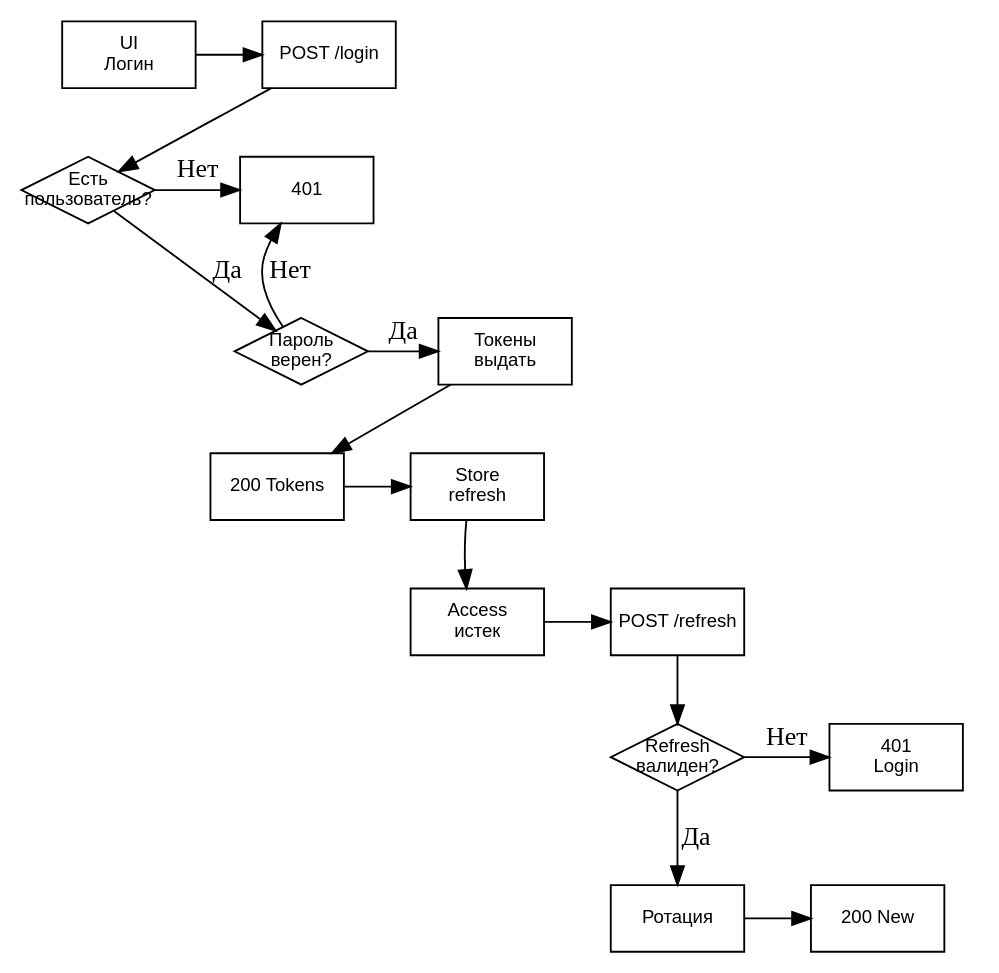
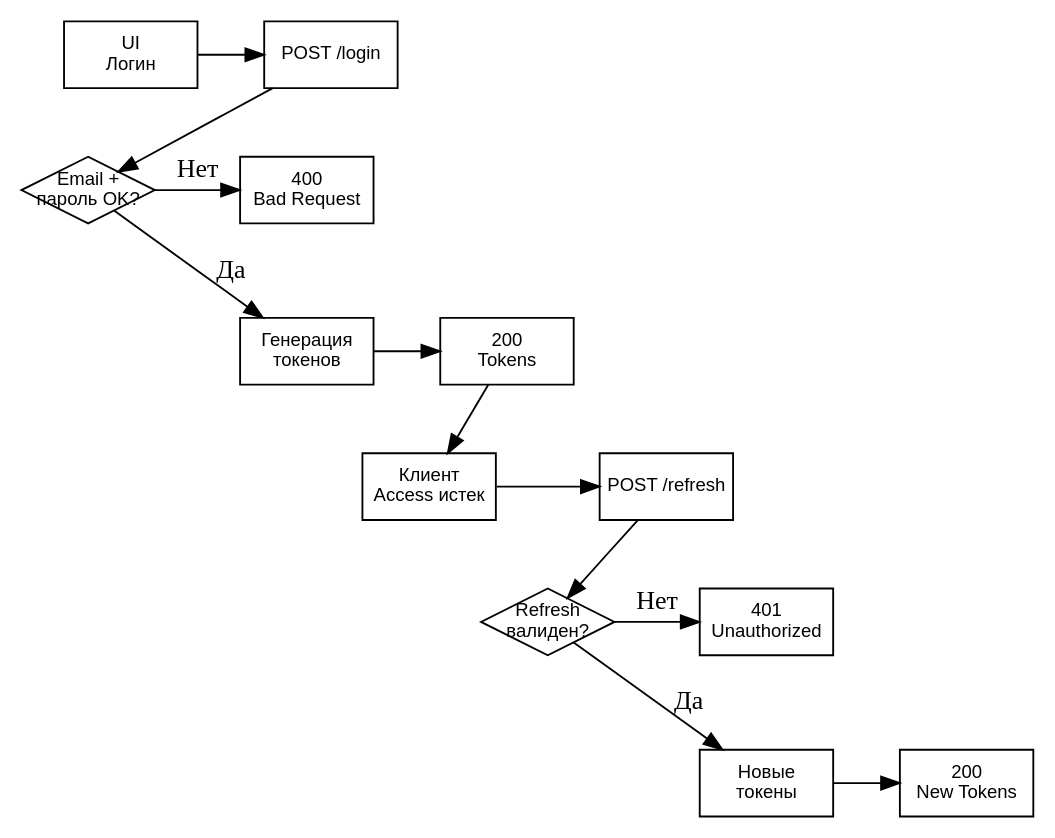
Before and after one commit to OnlyUp2219/TimeCafe: the diagram in diagrams/flowchart/login-refresh/block-auth-gost-login-refresh.dot, drawn with Graphviz. The commit also changed 9 other files, not shown here.

Commit message:
refactor: изменить диаграммы в соответствие с кодом, исправить уязвимость provider aouth

```diff
--- a/diagrams/flowchart/login-refresh/block-auth-gost-login-refresh.dot
+++ b/diagrams/flowchart/login-refresh/block-auth-gost-login-refresh.dot
@@ -1,50 +1,47 @@
 digraph login_refresh_flow {
   rankdir=TB;
   node [shape=rectangle, width=1, height=0.5, fixedsize=true, fontname="GOST Type A,Arial", fontsize=10];
-  /* Узлы */
+  /* Узлы LOGIN */
   LOGIN   [label="UI\nЛогин"];
   POSTL   [label="POST /login"];
-  DECUSR  [shape=diamond, label="Есть\nпользователь?"];
-  ERR401  [label="401"];
-  DECPASS [shape=diamond, label="Пароль\nверен?"];
-  ISSUE   [label="Токены\nвыдать"];
-  OK200   [label="200 Tokens"];
-  STORE   [label="Store\nrefresh"];
-  EXPA    [label="Access\nистек"];
+  CHKCRED [shape=diamond, label="Email +\nпароль OK?"];
+  ERRBAD  [label="400\nBad Request"];
+  GENTKN  [label="Генерация\nтокенов"];
+  OKLOGIN [label="200\nTokens"];
+  
+  /* Узлы REFRESH */
+  CLNT    [label="Клиент\nAccess истек"];
   POSTR   [label="POST /refresh"];
-  DECRF   [shape=diamond, label="Refresh\nвалиден?"];
-  ERR401R [label="401\nLogin"];
-  ROTATE  [label="Ротация"];
-  NEW200  [label="200 New"];
+  CHKRF   [shape=diamond, label="Refresh\nвалиден?"];
+  ERR401  [label="401\nUnauthorized"];
+  NEWTKN  [label="Новые\nтокены"];
+  OKREFRSH [label="200\nNew Tokens"];
 
-  /* Ряды: для змейки чередуем порядок в рангах */
+  /* Ряды для змейки */
   { rank=same; LOGIN; POSTL }
-  { rank=same; DECUSR; ERR401 }
-  { rank=same; DECPASS; ISSUE }
-  { rank=same; OK200; STORE }
-  { rank=same; EXPA; POSTR }
-  { rank=same; DECRF; ERR401R }
-  { rank=same; ROTATE; NEW200 }
+  { rank=same; CHKCRED; ERRBAD }
+  { rank=same; GENTKN; OKLOGIN }
+  { rank=same; CLNT; POSTR }
+  { rank=same; CHKRF; ERR401 }
+  { rank=same; NEWTKN; OKREFRSH }
 
-  /* Основные переходы (логический поток) */
-  LOGIN -> POSTL -> DECUSR;
-  DECUSR -> DECPASS [label="Да"];
-  DECUSR -> ERR401 [label="Нет"];
-  DECPASS -> ISSUE [label="Да"];
-  DECPASS -> ERR401 [label="Нет"];
-  ISSUE -> OK200;
-  OK200 -> STORE;
-  STORE -> EXPA;
-  EXPA -> POSTR;
-  POSTR -> DECRF;
-  DECRF -> ROTATE [label="Да"];
-  DECRF -> ERR401R [label="Нет"];
-  ROTATE -> NEW200;
+  /* Логический поток LOGIN */
+  LOGIN -> POSTL -> CHKCRED;
+  CHKCRED -> ERRBAD [label="Нет"];
+  CHKCRED -> GENTKN [label="Да"];
+  GENTKN -> OKLOGIN;
+  
+  /* Логический поток REFRESH */
+  OKLOGIN -> CLNT;
+  CLNT -> POSTR -> CHKRF;
+  CHKRF -> ERR401 [label="Нет"];
+  CHKRF -> NEWTKN [label="Да"];
+  NEWTKN -> OKREFRSH;
 
-  /* Невидимые ребра помогают формировать змейку: связываем правые узлы с левыми следующих рядов */
-  POSTL -> DECPASS [style=invis, weight=1];
-  ERR401 -> DECPASS [style=invis, weight=1];
-  ISSUE -> EXPA [style=invis, weight=1];
-  STORE -> EXPA [style=invis, weight=1];
-  NEW200 -> /* конец */ NEW200 [style=invis, weight=1];
+  /* Невидимые связи для змейки */
+  POSTL -> GENTKN [style=invis, weight=1];
+  ERRBAD -> GENTKN [style=invis, weight=1];
+  OKLOGIN -> CHKRF [style=invis, weight=1];
+  POSTR -> NEWTKN [style=invis, weight=1];
+  ERR401 -> NEWTKN [style=invis, weight=1];
 }
```
